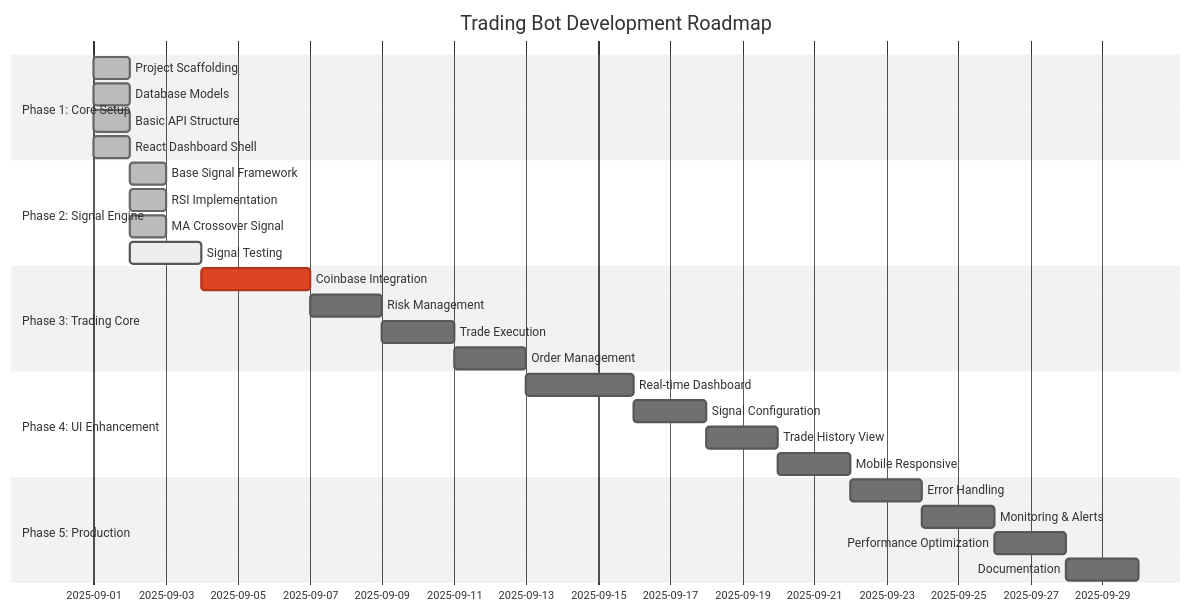
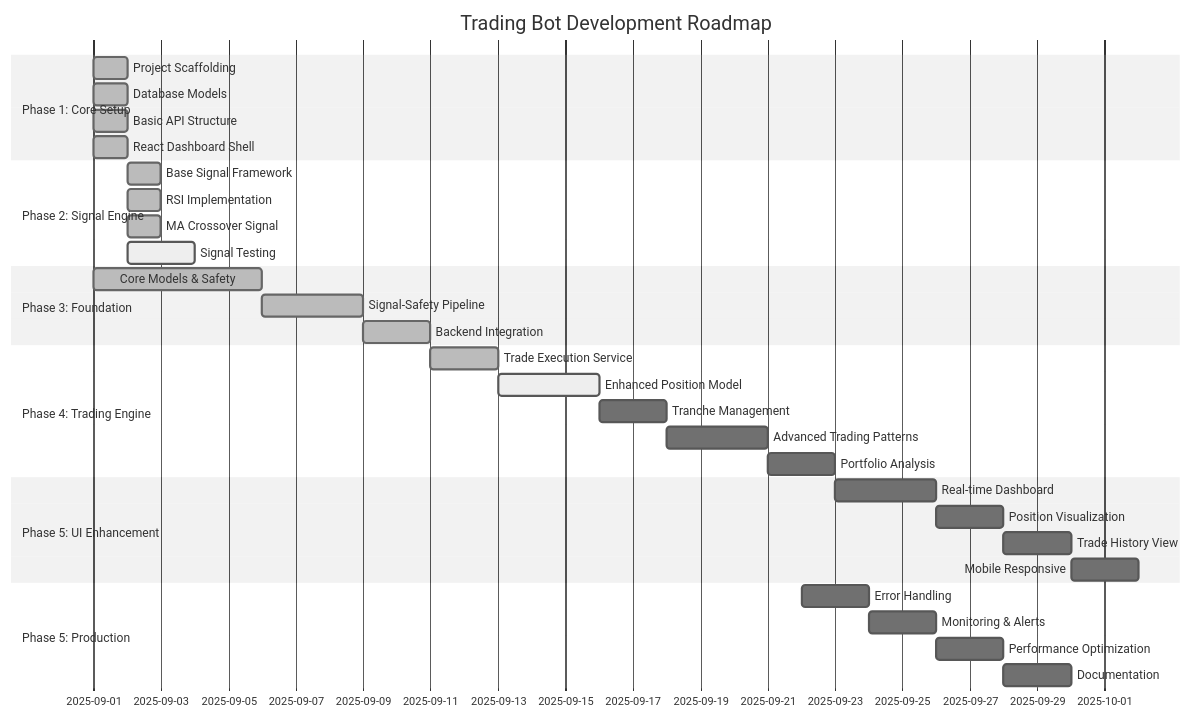
Before and after one commit to ShaddieRaq/traitor: diagram 19 of 21 in docs/VISUAL_ARCHITECTURE.md, drawn with Mermaid (neutral theme). The commit also changed other lines of this file and 11 other files, not shown here.

````diff
--- a/docs/VISUAL_ARCHITECTURE.md
+++ b/docs/VISUAL_ARCHITECTURE.md
@@ -817,34 +856,40 @@
 ```mermaid
 gantt
     title Trading Bot Development Roadmap
     dateFormat  YYYY-MM-DD
     section Phase 1: Core Setup
     Project Scaffolding     :done, setup, 2025-09-01, 1d
     Database Models        :done, models, 2025-09-01, 1d
     Basic API Structure    :done, api, 2025-09-01, 1d
     React Dashboard Shell  :done, react, 2025-09-01, 1d
     
     section Phase 2: Signal Engine
     Base Signal Framework  :done, signals, 2025-09-02, 1d
     RSI Implementation     :done, rsi, 2025-09-02, 1d
     MA Crossover Signal    :done, ma, 2025-09-02, 1d
     Signal Testing        :active, test_sig, 2025-09-02, 2d
     
-    section Phase 3: Trading Core
-    Coinbase Integration   :crit, coinbase, 2025-09-04, 3d
-    Risk Management       :risk, 2025-09-07, 2d
-    Trade Execution       :trade_exec, 2025-09-09, 2d
-    Order Management      :orders, 2025-09-11, 2d
+    section Phase 3: Foundation
+    Core Models & Safety  :done, foundation, 2025-09-01, 5d
+    Signal-Safety Pipeline :done, pipeline, 2025-09-06, 3d
+    Backend Integration   :done, backend, 2025-09-09, 2d
     
-    section Phase 4: UI Enhancement
-    Real-time Dashboard   :dashboard, 2025-09-13, 3d
-    Signal Configuration  :config_ui, 2025-09-16, 2d
-    Trade History View    :history, 2025-09-18, 2d
-    Mobile Responsive     :mobile, 2025-09-20, 2d
+    section Phase 4: Trading Engine
+    Trade Execution Service :done, exec_service, 2025-09-11, 2d
+    Enhanced Position Model :active, positions, 2025-09-13, 3d
+    Tranche Management     :tranches, 2025-09-16, 2d
+    Advanced Trading Patterns :patterns, 2025-09-18, 3d
+    Portfolio Analysis     :portfolio, 2025-09-21, 2d
+    
+    section Phase 5: UI Enhancement
+    Real-time Dashboard   :dashboard, 2025-09-23, 3d
+    Position Visualization :pos_viz, 2025-09-26, 2d
+    Trade History View    :history, 2025-09-28, 2d
+    Mobile Responsive     :mobile, 2025-09-30, 2d
     
     section Phase 5: Production
     Error Handling        :errors, 2025-09-22, 2d
     Monitoring & Alerts   :monitoring, 2025-09-24, 2d
     Performance Optimization :perf, 2025-09-26, 2d
     Documentation         :docs, 2025-09-28, 2d
 ```
````
